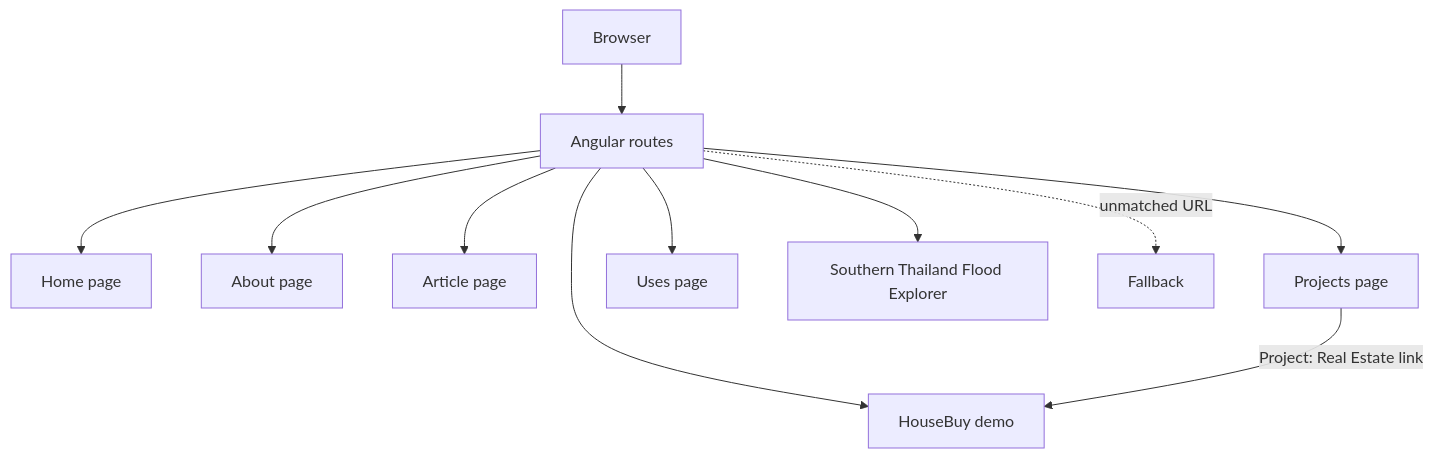
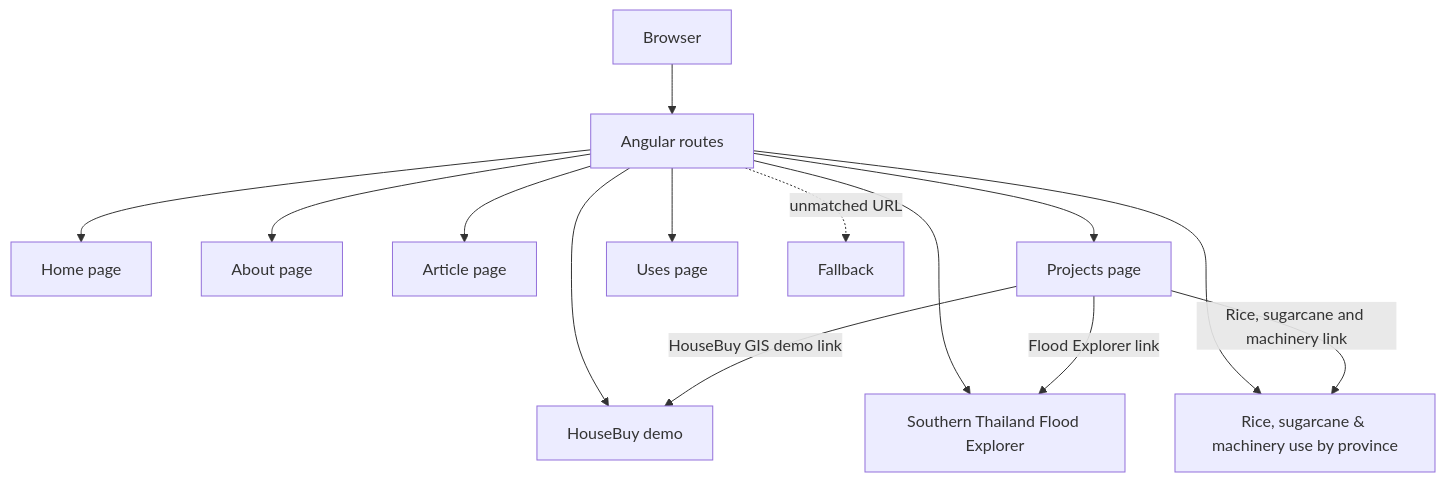
One commit to kanokrot/gis-app changed the first of 5 diagrams in README.md. Above: the diagram before and after it, drawn with Mermaid. The commit also changed other lines of this file, not shown here.

Commit message:
Update README for current pages and agriculture explorer

````diff
--- a/README.md
+++ b/README.md
@@ -82,13 +91,16 @@
 ```mermaid
 flowchart TD
     Browser[Browser] --> Routes[Angular routes]
     Routes --> Home[Home page]
     Routes --> About[About page]
     Routes --> Article[Article page]
     Routes --> Projects[Projects page]
     Routes --> Uses[Uses page]
     Routes --> GIS[HouseBuy demo]
     Routes --> Flood[Southern Thailand Flood Explorer]
-    Projects -->|Project: Real Estate link| GIS
+    Routes --> Agriculture[Rice, sugarcane & machinery use by province]
+    Projects -->|HouseBuy GIS demo link| GIS
+    Projects -->|Flood Explorer link| Flood
+    Projects -->|Rice, sugarcane and machinery link| Agriculture
     Routes -. unmatched URL .-> Fallback
 ```
````
